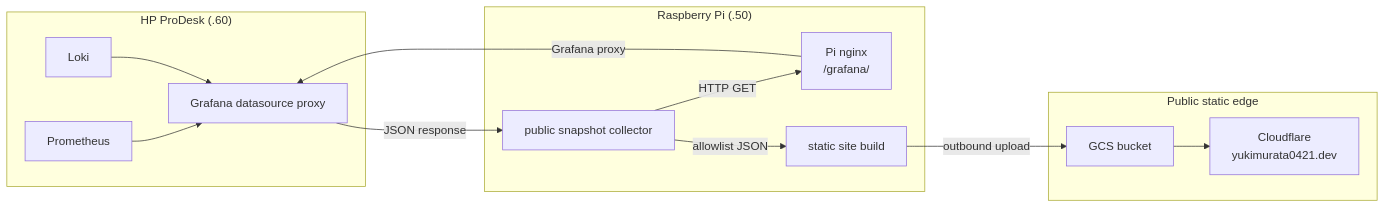
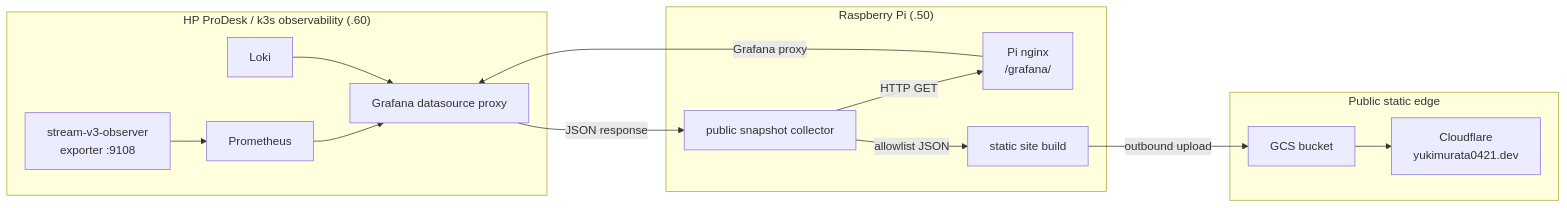
One commit to yukimurata0421/live-stream-systems-case-study changed the fourth of 4 diagrams in README.md. Above: the diagram before and after it, drawn with Mermaid. The commit also changed other lines of this file and 14 other files, not shown here.

Commit message:
Document ProDesk k3s observability topology

````diff
--- a/README.md
+++ b/README.md
@@ -202,27 +213,28 @@
 ```mermaid
 flowchart LR
-    subgraph PD["HP ProDesk (.60)"]
+    subgraph PD["HP ProDesk / k3s observability (.60)"]
+        OBS["stream-v3-observer<br/>exporter :9108"]
         PROM["Prometheus"]
         LOKI["Loki"]
         GRAF["Grafana datasource proxy"]
     end
 
     subgraph RPI["Raspberry Pi (.50)"]
         NGINX["Pi nginx<br/>/grafana/"]
         COLL["public snapshot collector"]
         PUB["static site build"]
     end
 
     subgraph EDGE["Public static edge"]
         GCS["GCS bucket"]
         CF["Cloudflare<br/>yukimurata0421.dev"]
     end
 
-    PROM --> GRAF
+    OBS --> PROM --> GRAF
     LOKI --> GRAF
     COLL -->|"HTTP GET"| NGINX
     NGINX -->|"Grafana proxy"| GRAF
     GRAF -->|"JSON response"| COLL
     COLL -->|"allowlist JSON"| PUB
     PUB -->|"outbound upload"| GCS --> CF
 ```
````
